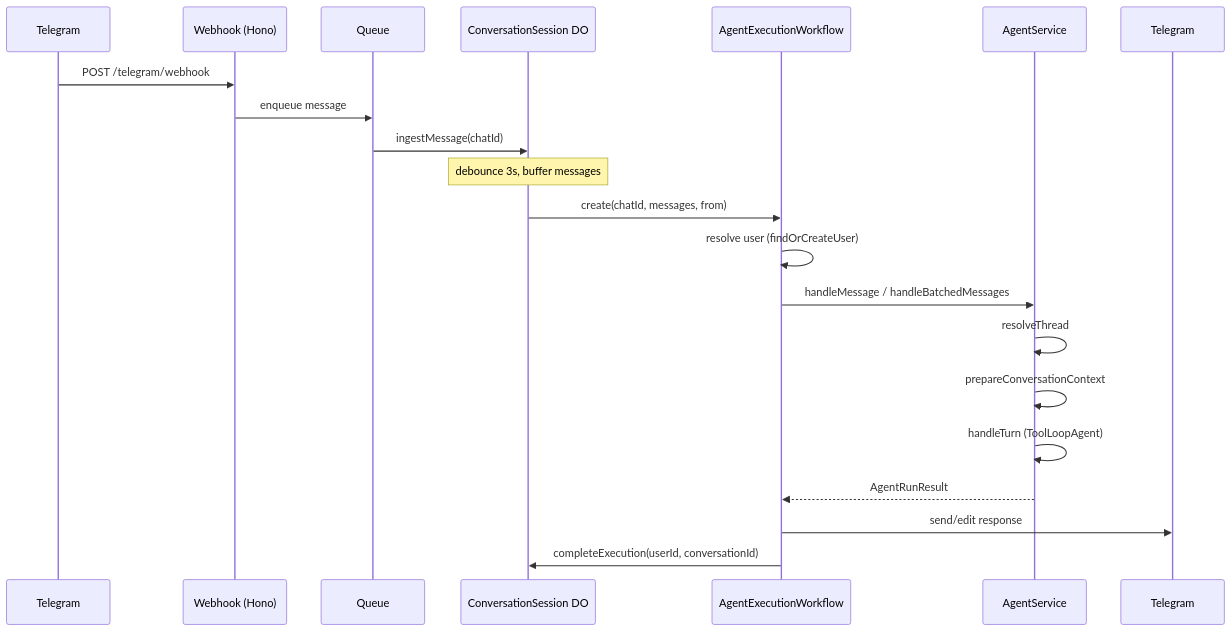
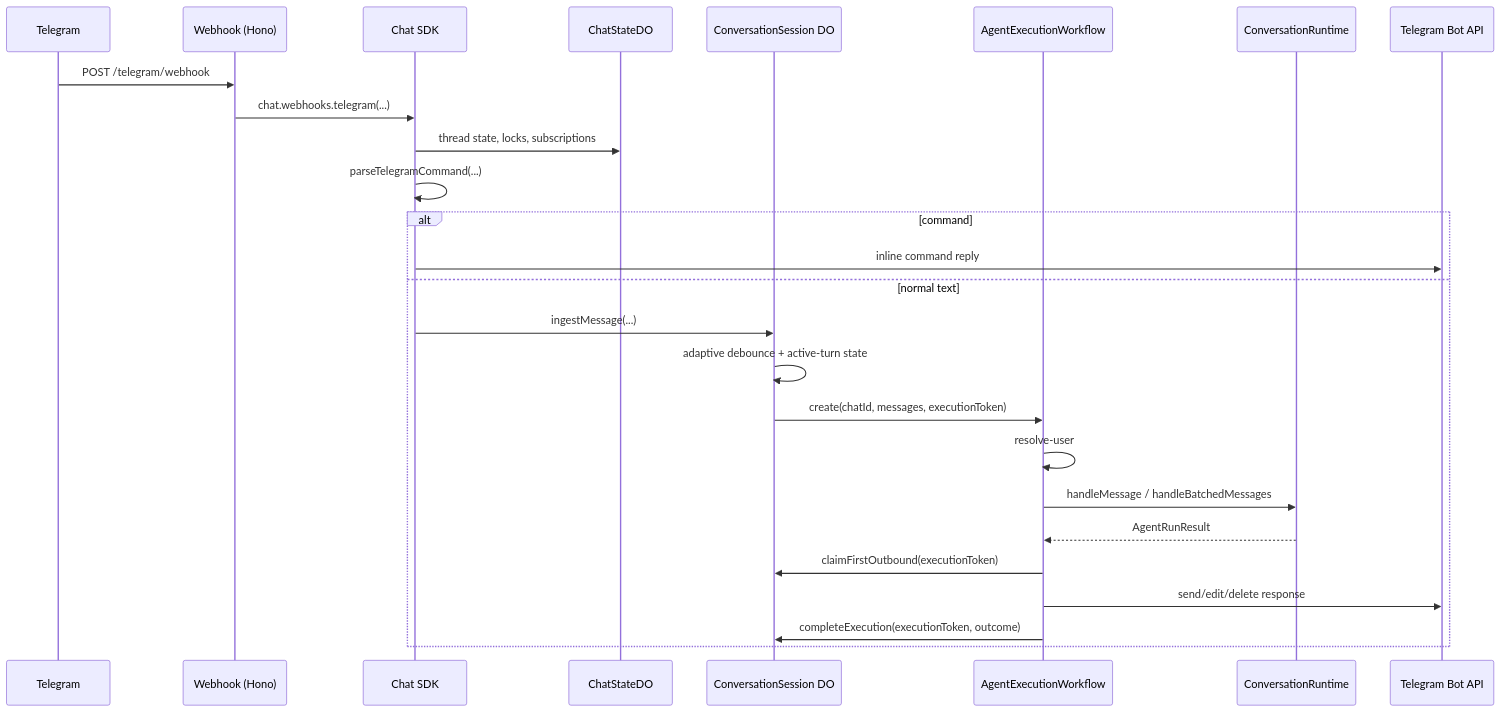
The first of 4 diagrams in docs/RUNTIME.md (punitarani/amby), drawn with Mermaid before and after one commit. The commit also changed other lines of this file and 23 other files, not shown here.

````diff
--- a/docs/RUNTIME.md
+++ b/docs/RUNTIME.md
@@ -7,24 +7,29 @@
 ```mermaid
 sequenceDiagram
     participant TG as Telegram
     participant WH as Webhook (Hono)
-    participant Q as Queue
-    participant DO as ConversationSession DO
+    participant SDK as Chat SDK
+    participant State as ChatStateDO
+    participant Sess as ConversationSession DO
     participant WF as AgentExecutionWorkflow
-    participant AG as AgentService
-    participant TG2 as Telegram
+    participant AG as ConversationRuntime
+    participant API as Telegram Bot API
 
     TG->>WH: POST /telegram/webhook
-    WH->>Q: enqueue message
-    Q->>DO: ingestMessage(chatId)
-    Note over DO: debounce 3s, buffer messages
-    DO->>WF: create(chatId, messages, from)
-    WF->>WF: resolve user (findOrCreateUser)
-    WF->>AG: handleMessage / handleBatchedMessages
-    AG->>AG: resolveThread
-    AG->>AG: prepareConversationContext
-    AG->>AG: handleTurn (ToolLoopAgent)
-    AG-->>WF: AgentRunResult
-    WF->>TG2: send/edit response
-    WF->>DO: completeExecution(userId, conversationId)
+    WH->>SDK: chat.webhooks.telegram(...)
+    SDK->>State: thread state, locks, subscriptions
+    SDK->>SDK: parseTelegramCommand(...)
+    alt command
+        SDK->>API: inline command reply
+    else normal text
+        SDK->>Sess: ingestMessage(...)
+        Sess->>Sess: adaptive debounce + active-turn state
+        Sess->>WF: create(chatId, messages, executionToken)
+        WF->>WF: resolve-user
+        WF->>AG: handleMessage / handleBatchedMessages
+        AG-->>WF: AgentRunResult
+        WF->>Sess: claimFirstOutbound(executionToken)
+        WF->>API: send/edit/delete response
+        WF->>Sess: completeExecution(executionToken, outcome)
+    end
 ```
````
